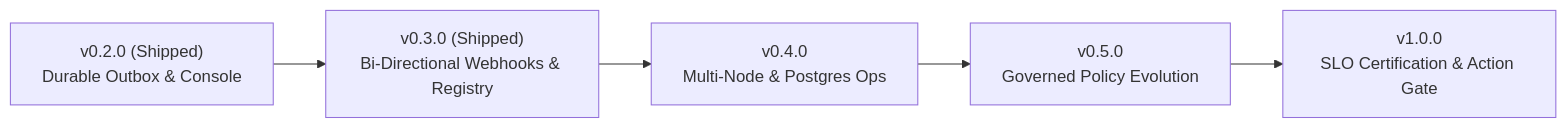
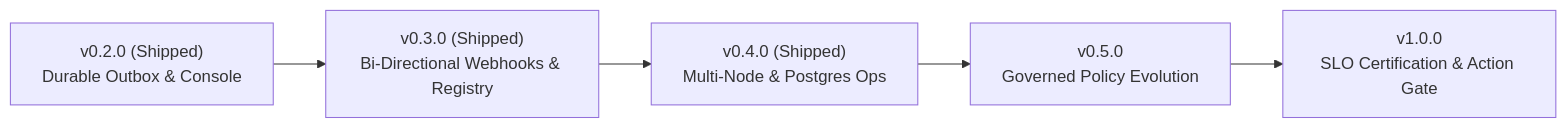
The diagram in docs/ROADMAP.md (ylecoyote/uns), drawn with Mermaid before and after one commit. The commit also changed other lines of this file and 31 other files, not shown here.

````diff
--- a/docs/ROADMAP.md
+++ b/docs/ROADMAP.md
@@ -25,7 +26,7 @@
 ```mermaid
 flowchart LR
     v02["v0.2.0 (Shipped)\nDurable Outbox & Console"] --> v03["v0.3.0 (Shipped)\nBi-Directional Webhooks & Registry"]
-    v03 --> v04["v0.4.0\nMulti-Node & Postgres Ops"]
+    v03 --> v04["v0.4.0 (Shipped)\nMulti-Node & Postgres Ops"]
     v04 --> v05["v0.5.0\nGoverned Policy Evolution"]
     v05 --> v10["v1.0.0\nSLO Certification & Action Gate"]
 ```
````
